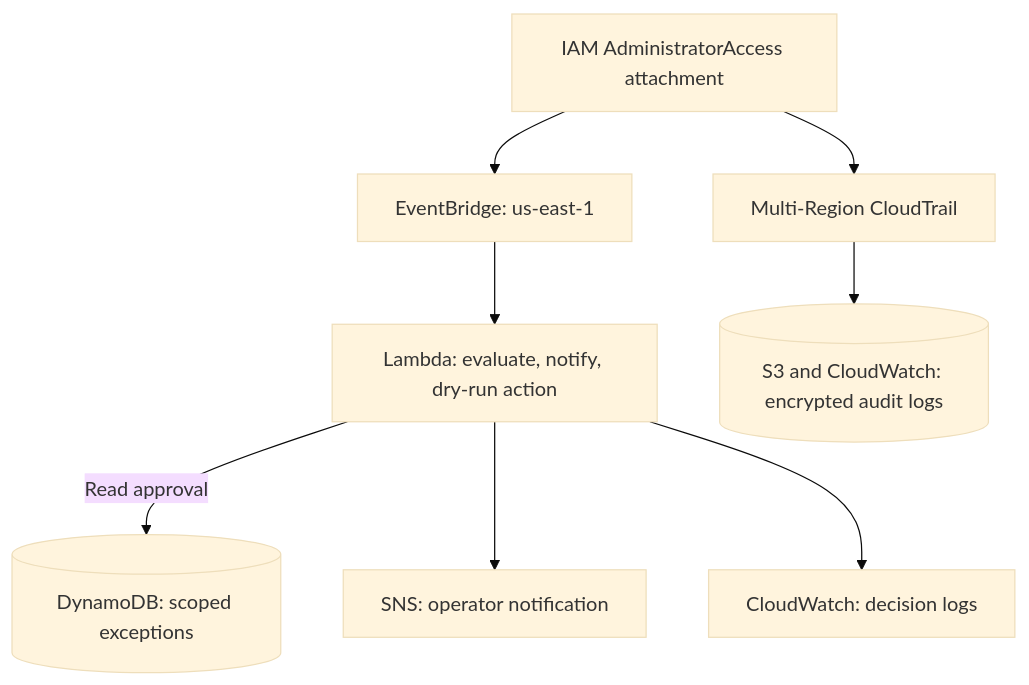
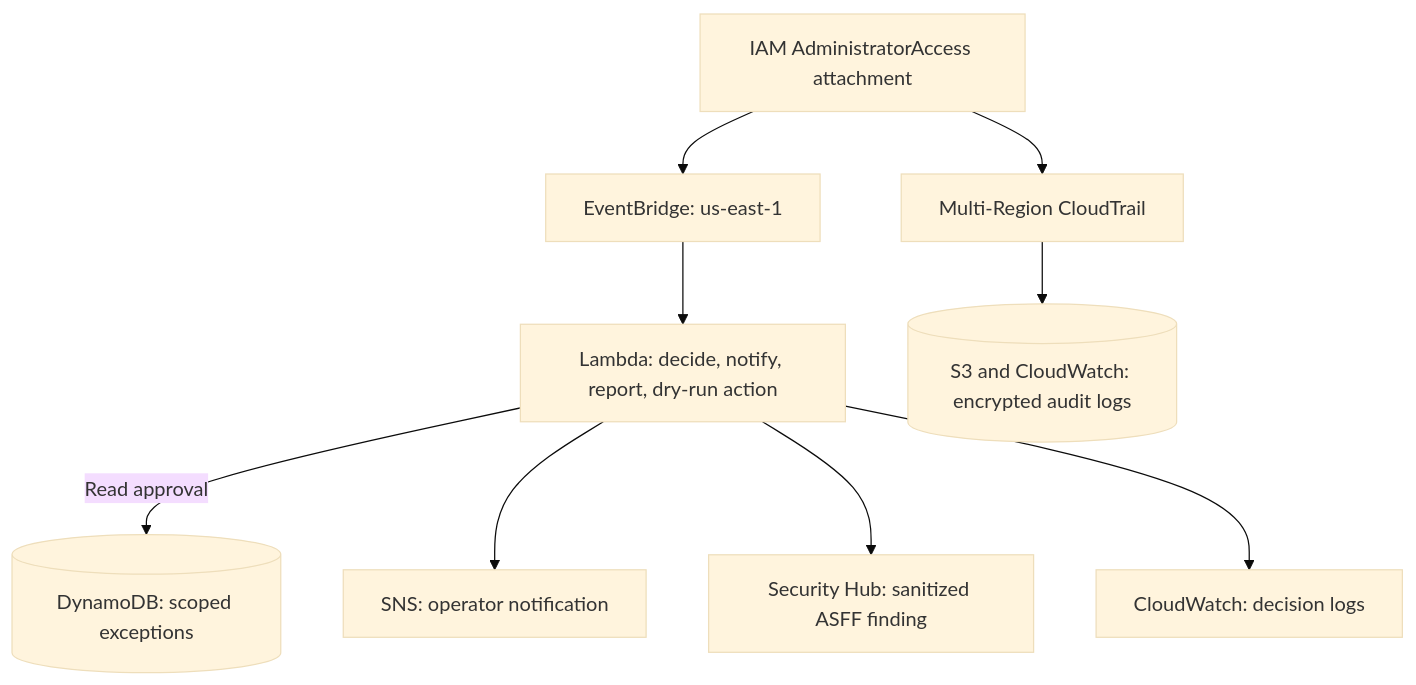
Before and after one commit to Luekrit/Cloud-Security-Automation: the diagram in README.md, drawn with Mermaid (base theme). The commit also changed other lines of this file and 12 other files, not shown here.

Commit message:
feat: integrate Security Hub findings (#13)

````diff
--- a/README.md
+++ b/README.md
@@ -17,18 +17,20 @@
 ```mermaid
 flowchart TB
     EVENT["IAM AdministratorAccess attachment"]
     EB["EventBridge: us-east-1"]
-    LAMBDA["Lambda: evaluate, notify, dry-run action"]
+    LAMBDA["Lambda: decide, notify, report, dry-run action"]
     DDB[("DynamoDB: scoped exceptions")]
     SNS["SNS: operator notification"]
+    SH["Security Hub: sanitized ASFF finding"]
     LOGS["CloudWatch: decision logs"]
     CT["Multi-Region CloudTrail"]
     AUDIT[("S3 and CloudWatch: encrypted audit logs")]
     EVENT --> EB
     EB --> LAMBDA
     LAMBDA -->|"Read approval"| DDB
     LAMBDA --> SNS
+    LAMBDA --> SH
     LAMBDA --> LOGS
     EVENT --> CT
     CT --> AUDIT
 ```
````
